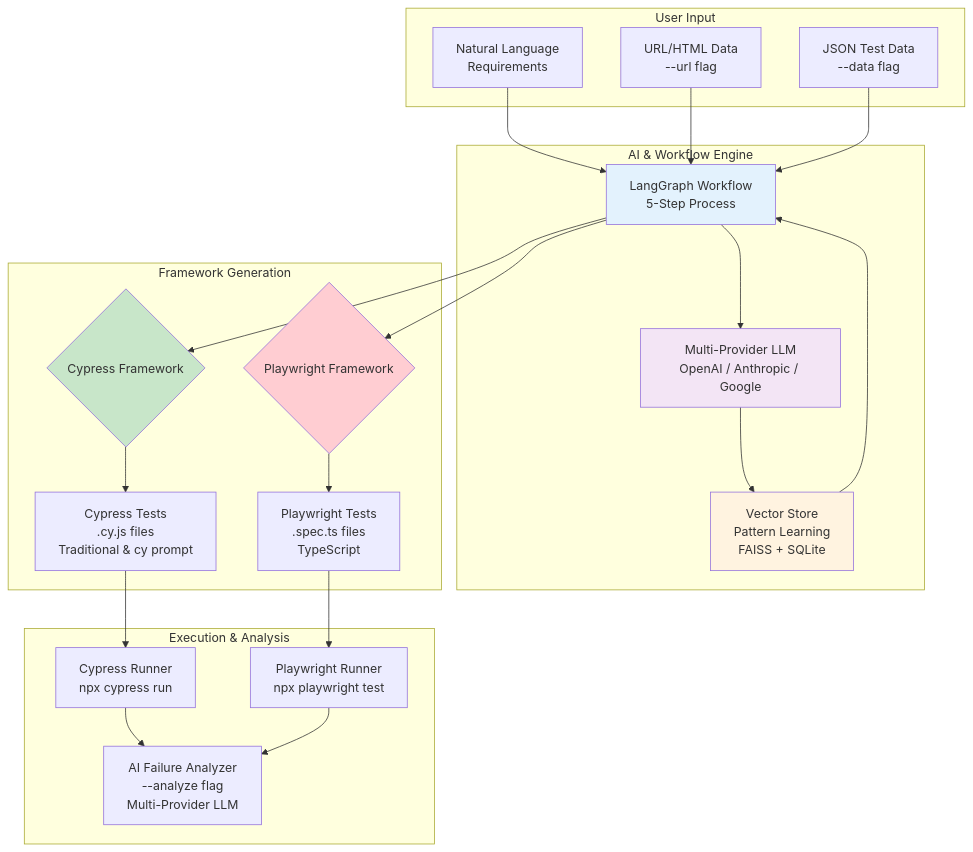
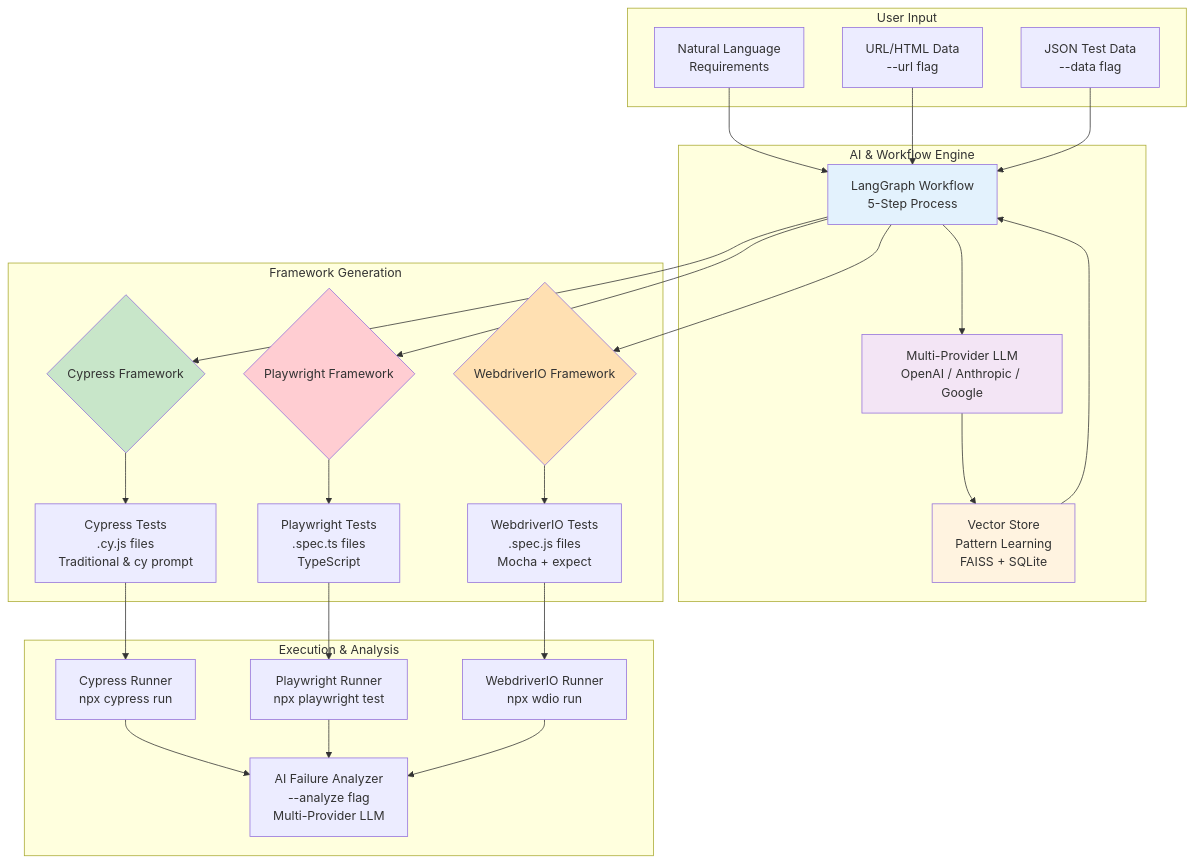
Before and after one commit to aiqualitylab/ai-natural-language-tests: the diagram in .github/images/architecture.mmd, drawn with Mermaid. The commit also changed 19 other files, not shown here.

```diff
--- a/.github/images/architecture.mmd
+++ b/.github/images/architecture.mmd
@@ -1,46 +1,54 @@
 graph TB
     subgraph "User Input"
         A[Natural Language<br/>Requirements]
         B[URL/HTML Data<br/>--url flag]
         C[JSON Test Data<br/>--data flag]
     end
 
     subgraph "AI & Workflow Engine"
         D[LangGraph Workflow<br/>5-Step Process]
         E[Multi-Provider LLM<br/>OpenAI / Anthropic / Google]
         F[Vector Store<br/>Pattern Learning<br/>FAISS + SQLite]
     end
 
     subgraph "Framework Generation"
         G{Cypress Framework}
         H{Playwright Framework}
+        W{WebdriverIO Framework}
         I[Cypress Tests<br/>.cy.js files<br/>Traditional & cy prompt]
         J[Playwright Tests<br/>.spec.ts files<br/>TypeScript]
+        X[WebdriverIO Tests<br/>.spec.js files<br/>Mocha + expect]
     end
 
     subgraph "Execution & Analysis"
         K[Cypress Runner<br/>npx cypress run]
         L[Playwright Runner<br/>npx playwright test]
+        P[WebdriverIO Runner<br/>npx wdio run]
         M[AI Failure Analyzer<br/>--analyze flag<br/>Multi-Provider LLM]
     end
 
     A --> D
     B --> D
     C --> D
     D --> E
     E --> F
     F --> D
     D --> G
     D --> H
+    D --> W
     G --> I
     H --> J
+    W --> X
     I --> K
     J --> L
+    X --> P
     K --> M
     L --> M
+    P --> M
 
     style D fill:#e3f2fd
     style E fill:#f3e5f5
     style F fill:#fff3e0
     style G fill:#c8e6c9
     style H fill:#ffcdd2
+    style W fill:#ffe0b2
```
